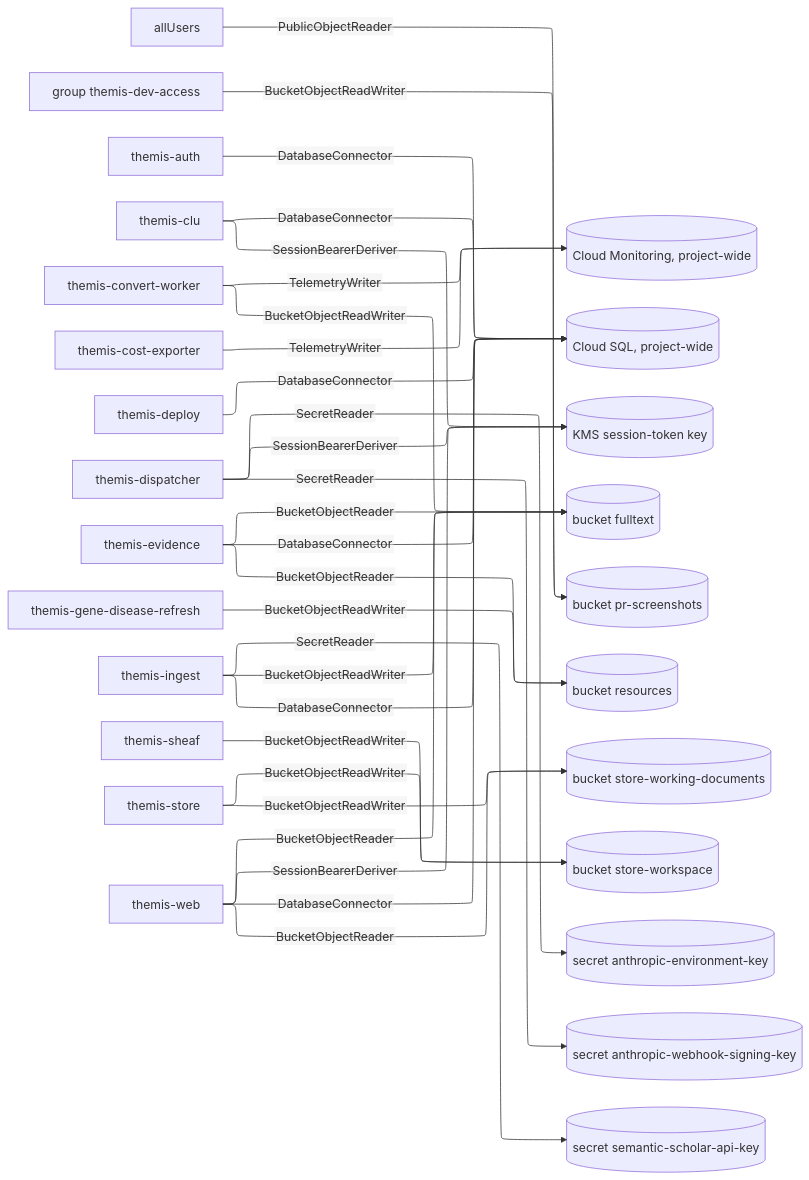
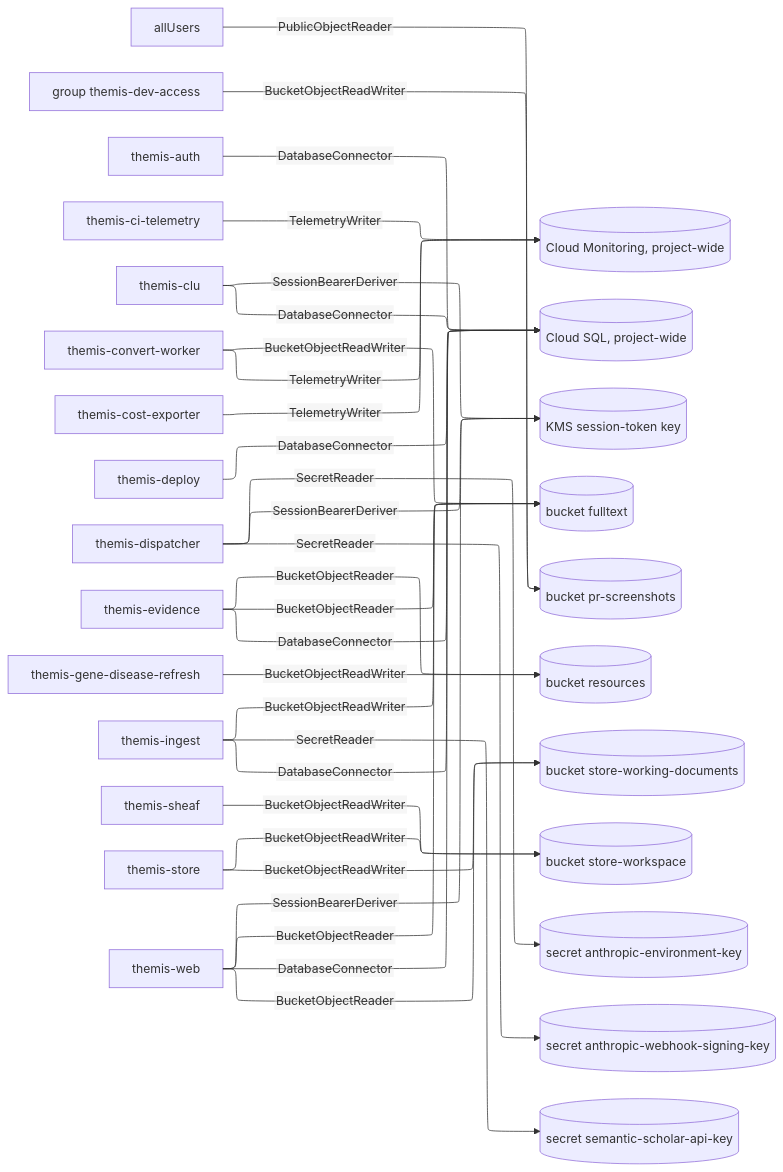
One commit to populationgenomics/themis changed the diagram in docs/design/grants/data.mmd. Above: the diagram before and after it, drawn with Mermaid. The commit also changed 15 other files, not shown here.

First line of the commit message:
ci: the Claude Code workflows export each run's token usage and cost to Cloud Monitoring (#580)

```diff
--- a/docs/design/grants/data.mmd
+++ b/docs/design/grants/data.mmd
@@ -1,53 +1,55 @@
 %%{init: {"layout": "elk", "elk": {"mergeEdges": true, "nodePlacementStrategy": "NETWORK_SIMPLEX"}, "htmlLabels": false, "flowchart": {"htmlLabels": false, "wrappingWidth": 320}}}%%
 flowchart LR
     n0["allUsers"]
     n1["group themis-dev-access"]
     n2["themis-auth"]
-    n3["themis-clu"]
-    n4["themis-convert-worker"]
-    n5["themis-cost-exporter"]
-    n6["themis-deploy"]
-    n7["themis-dispatcher"]
-    n8["themis-evidence"]
-    n9["themis-gene-disease-refresh"]
-    n10["themis-ingest"]
-    n11["themis-sheaf"]
-    n12["themis-store"]
-    n13["themis-web"]
-    n14[("Cloud Monitoring, project-wide")]
-    n15[("Cloud SQL, project-wide")]
-    n16[("KMS session-token key")]
-    n17[("bucket fulltext")]
-    n18[("bucket pr-screenshots")]
-    n19[("bucket resources")]
-    n20[("bucket store-working-documents")]
-    n21[("bucket store-workspace")]
-    n22[("secret anthropic-environment-key")]
-    n23[("secret anthropic-webhook-signing-key")]
-    n24[("secret semantic-scholar-api-key")]
-    n0 -->|PublicObjectReader| n18
-    n1 -->|BucketObjectReadWriter| n18
-    n2 -->|DatabaseConnector| n15
-    n3 -->|DatabaseConnector| n15
-    n3 -->|SessionBearerDeriver| n16
-    n4 -->|BucketObjectReadWriter| n17
-    n4 -->|TelemetryWriter| n14
-    n5 -->|TelemetryWriter| n14
-    n6 -->|DatabaseConnector| n15
-    n7 -->|SecretReader| n22
-    n7 -->|SecretReader| n23
-    n7 -->|SessionBearerDeriver| n16
-    n8 -->|BucketObjectReader| n17
-    n8 -->|BucketObjectReader| n19
-    n8 -->|DatabaseConnector| n15
-    n9 -->|BucketObjectReadWriter| n19
-    n10 -->|BucketObjectReadWriter| n17
-    n10 -->|DatabaseConnector| n15
-    n10 -->|SecretReader| n24
-    n11 -->|BucketObjectReadWriter| n21
-    n12 -->|BucketObjectReadWriter| n20
-    n12 -->|BucketObjectReadWriter| n21
-    n13 -->|BucketObjectReader| n17
-    n13 -->|BucketObjectReader| n20
-    n13 -->|DatabaseConnector| n15
-    n13 -->|SessionBearerDeriver| n16
+    n3["themis-ci-telemetry"]
+    n4["themis-clu"]
+    n5["themis-convert-worker"]
+    n6["themis-cost-exporter"]
+    n7["themis-deploy"]
+    n8["themis-dispatcher"]
+    n9["themis-evidence"]
+    n10["themis-gene-disease-refresh"]
+    n11["themis-ingest"]
+    n12["themis-sheaf"]
+    n13["themis-store"]
+    n14["themis-web"]
+    n15[("Cloud Monitoring, project-wide")]
+    n16[("Cloud SQL, project-wide")]
+    n17[("KMS session-token key")]
+    n18[("bucket fulltext")]
+    n19[("bucket pr-screenshots")]
+    n20[("bucket resources")]
+    n21[("bucket store-working-documents")]
+    n22[("bucket store-workspace")]
+    n23[("secret anthropic-environment-key")]
+    n24[("secret anthropic-webhook-signing-key")]
+    n25[("secret semantic-scholar-api-key")]
+    n0 -->|PublicObjectReader| n19
+    n1 -->|BucketObjectReadWriter| n19
+    n2 -->|DatabaseConnector| n16
+    n3 -->|TelemetryWriter| n15
+    n4 -->|DatabaseConnector| n16
+    n4 -->|SessionBearerDeriver| n17
+    n5 -->|BucketObjectReadWriter| n18
+    n5 -->|TelemetryWriter| n15
+    n6 -->|TelemetryWriter| n15
+    n7 -->|DatabaseConnector| n16
+    n8 -->|SecretReader| n23
+    n8 -->|SecretReader| n24
+    n8 -->|SessionBearerDeriver| n17
+    n9 -->|BucketObjectReader| n18
+    n9 -->|BucketObjectReader| n20
+    n9 -->|DatabaseConnector| n16
+    n10 -->|BucketObjectReadWriter| n20
+    n11 -->|BucketObjectReadWriter| n18
+    n11 -->|DatabaseConnector| n16
+    n11 -->|SecretReader| n25
+    n12 -->|BucketObjectReadWriter| n22
+    n13 -->|BucketObjectReadWriter| n21
+    n13 -->|BucketObjectReadWriter| n22
+    n14 -->|BucketObjectReader| n18
+    n14 -->|BucketObjectReader| n21
+    n14 -->|DatabaseConnector| n16
+    n14 -->|SessionBearerDeriver| n17
```
